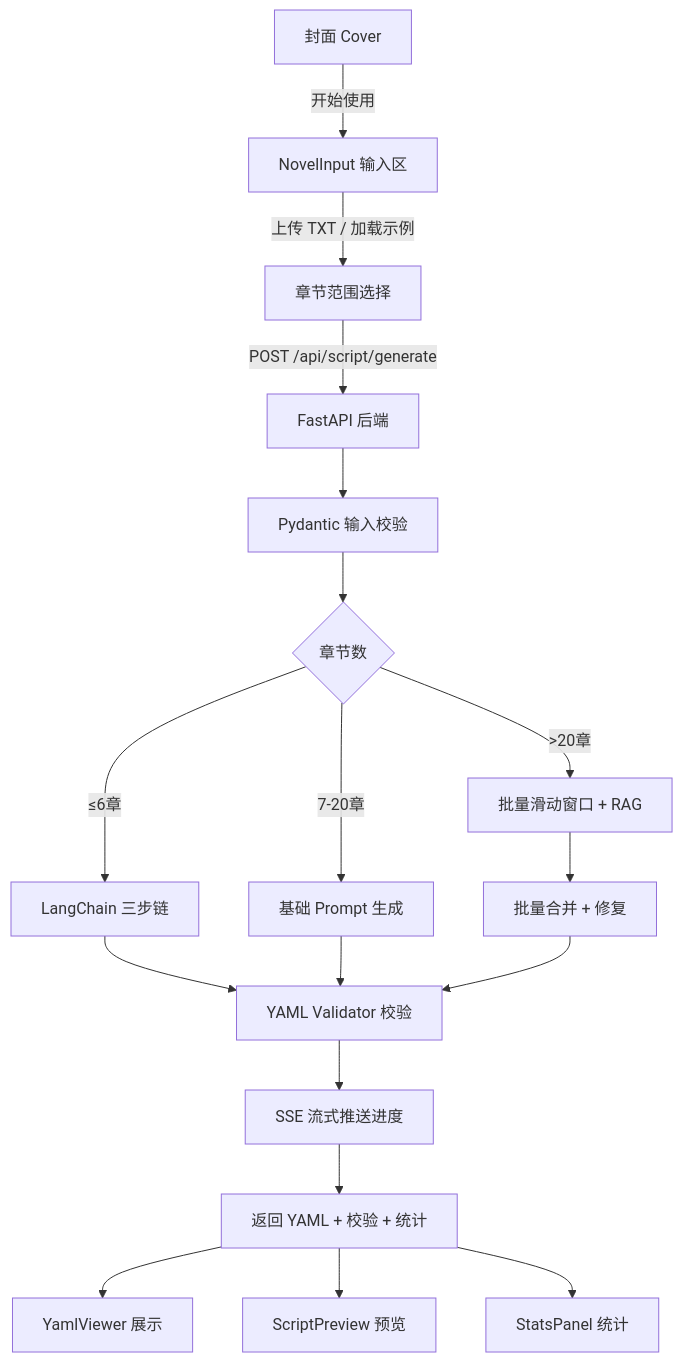
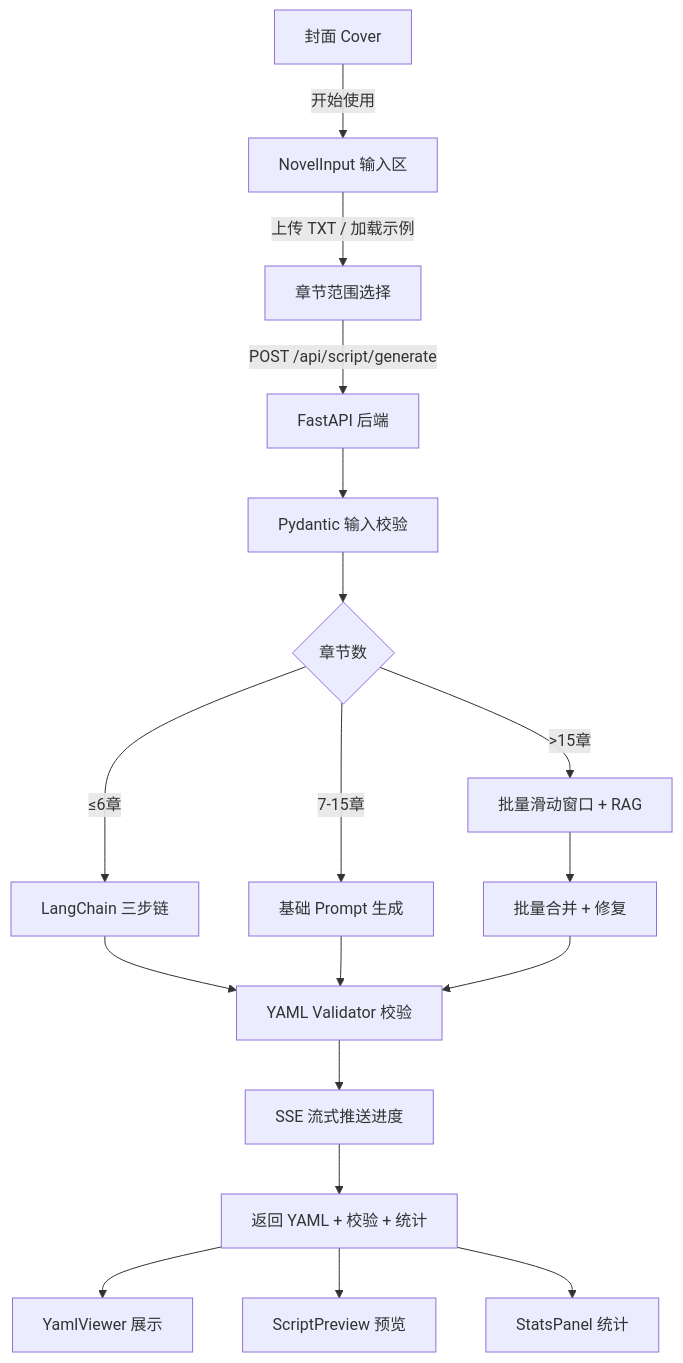
One commit to Zhoujue0115/ai-novel-to-script changed the diagram in README.md. Above: the diagram before and after it, drawn with Mermaid. The commit also changed 2 other files, not shown here.

Commit message:
fix: 生成策略阈值优化 — 15章内不走批量单次生成

````diff
--- a/README.md
+++ b/README.md
@@ -23,20 +23,20 @@
 ```mermaid
 flowchart TD
     A[封面 Cover] -->|开始使用| B[NovelInput 输入区]
     B -->|上传 TXT / 加载示例| C[章节范围选择]
     C -->|POST /api/script/generate| D[FastAPI 后端]
     D --> E[Pydantic 输入校验]
     E --> F{章节数}
     F -->|≤6章| G[LangChain 三步链]
-    F -->|7-20章| H[基础 Prompt 生成]
-    F -->|>20章| I[批量滑动窗口 + RAG]
+    F -->|7-15章| H[基础 Prompt 生成]
+    F -->|>15章| I[批量滑动窗口 + RAG]
     G --> J[YAML Validator 校验]
     H --> J
     I --> K[批量合并 + 修复]
     K --> J
     J --> L[SSE 流式推送进度]
     L --> M[返回 YAML + 校验 + 统计]
     M --> N[YamlViewer 展示]
     M --> O[ScriptPreview 预览]
     M --> P[StatsPanel 统计]
 ```
````
